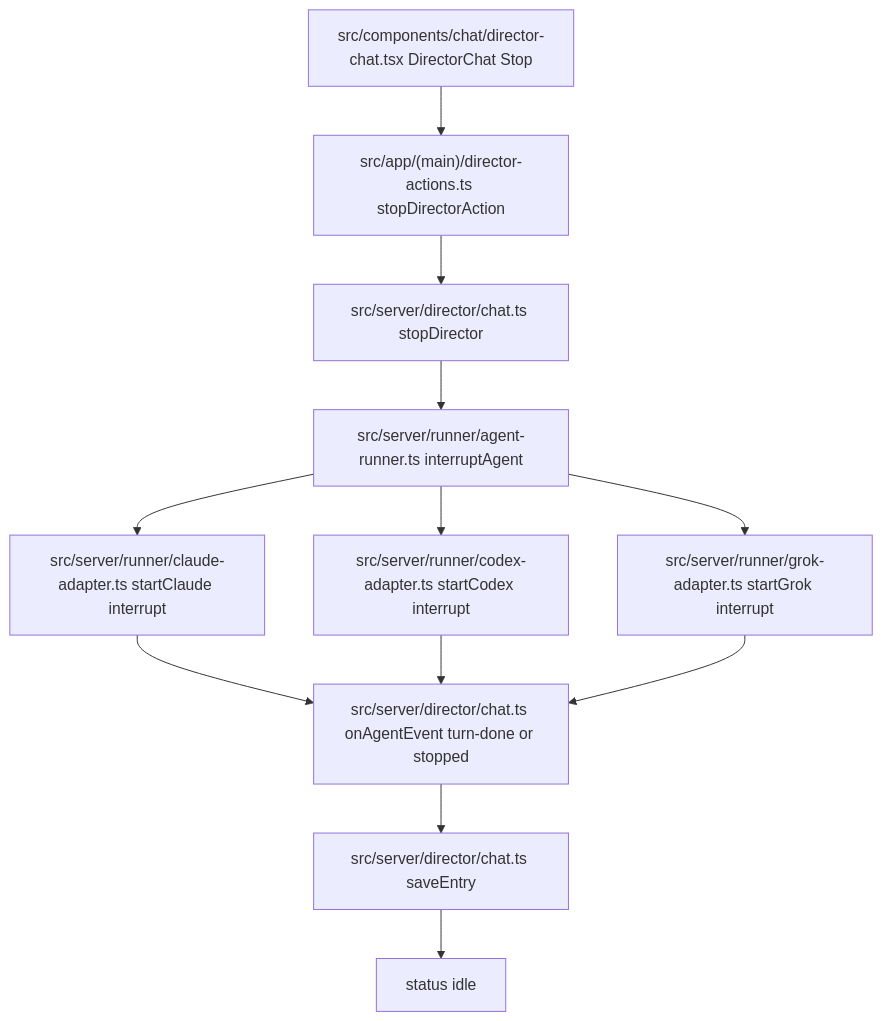
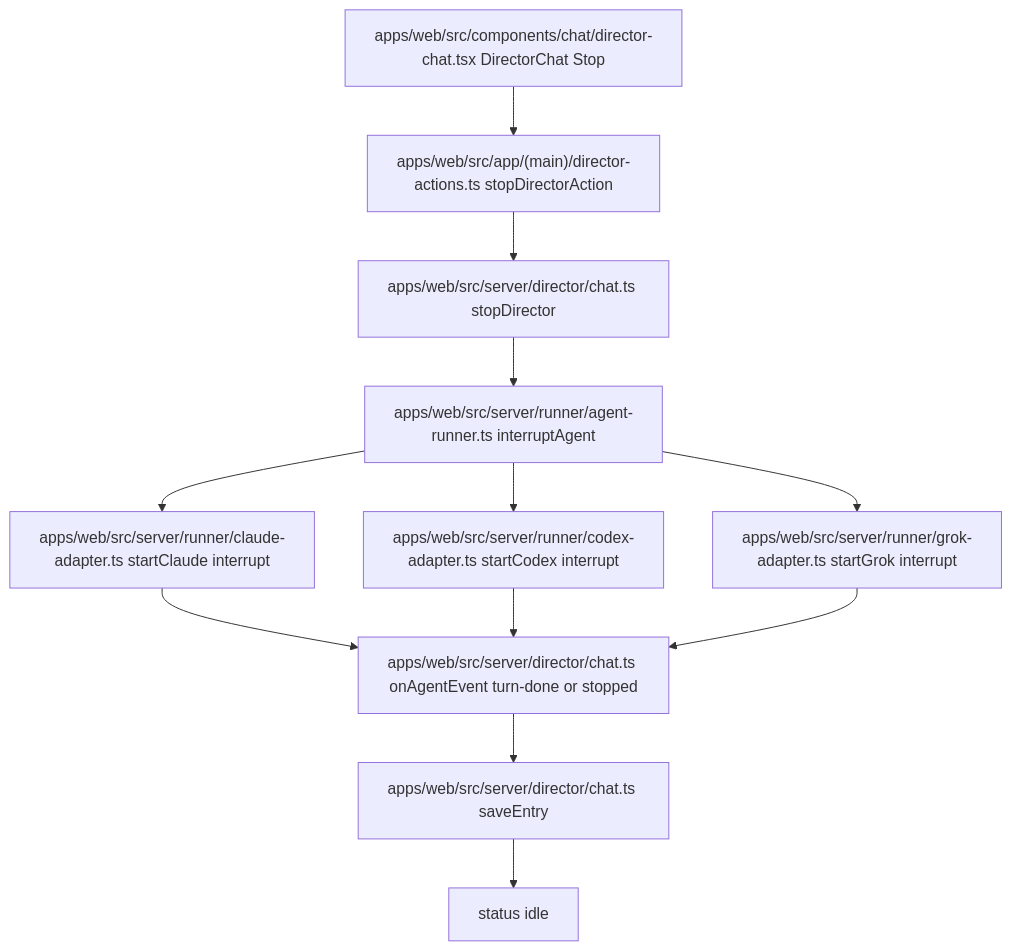
The fifth of 5 diagrams in DOMAIN.md (devjiwonchoi/busyboy), drawn with Mermaid before and after one commit. The commit also changed other lines of this file and 95 other files, not shown here.

````diff
--- a/DOMAIN.md
+++ b/DOMAIN.md
@@ -151,14 +151,14 @@
 ```mermaid
 flowchart TD
-  Button["src/components/chat/director-chat.tsx DirectorChat Stop"] --> Action["src/app/(main)/director-actions.ts stopDirectorAction"]
-  Action --> Stop["src/server/director/chat.ts stopDirector"]
-  Stop --> Interrupt["src/server/runner/agent-runner.ts interruptAgent"]
-  Interrupt --> Claude["src/server/runner/claude-adapter.ts startClaude interrupt"]
-  Interrupt --> Codex["src/server/runner/codex-adapter.ts startCodex interrupt"]
-  Interrupt --> Grok["src/server/runner/grok-adapter.ts startGrok interrupt"]
-  Claude --> Done["src/server/director/chat.ts onAgentEvent turn-done or stopped"]
+  Button["apps/web/src/components/chat/director-chat.tsx DirectorChat Stop"] --> Action["apps/web/src/app/(main)/director-actions.ts stopDirectorAction"]
+  Action --> Stop["apps/web/src/server/director/chat.ts stopDirector"]
+  Stop --> Interrupt["apps/web/src/server/runner/agent-runner.ts interruptAgent"]
+  Interrupt --> Claude["apps/web/src/server/runner/claude-adapter.ts startClaude interrupt"]
+  Interrupt --> Codex["apps/web/src/server/runner/codex-adapter.ts startCodex interrupt"]
+  Interrupt --> Grok["apps/web/src/server/runner/grok-adapter.ts startGrok interrupt"]
+  Claude --> Done["apps/web/src/server/director/chat.ts onAgentEvent turn-done or stopped"]
   Codex --> Done
   Grok --> Done
-  Done --> Save["src/server/director/chat.ts saveEntry"]
+  Done --> Save["apps/web/src/server/director/chat.ts saveEntry"]
   Save --> Idle["status idle"]
 ```
````
